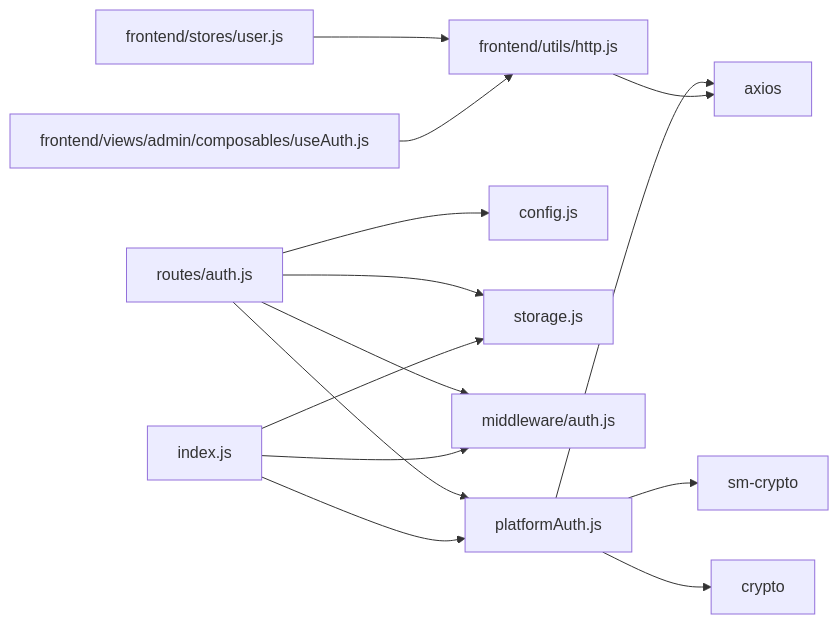
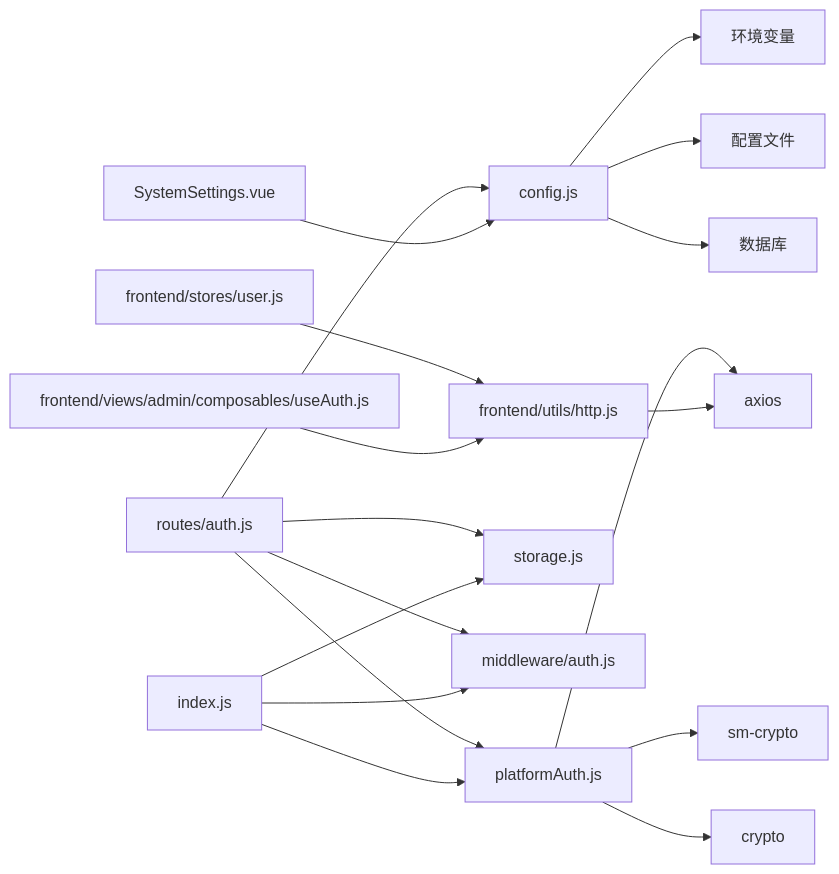
The eighth of 8 diagrams in .qoder/repowiki/zh/content/后端服务架构/认证与授权系统/单点登录(SSO)集成.md (Giraffe-Han/microAPP), drawn with Mermaid before and after one commit. The commit also changed other lines of this file and 14 other files, not shown here.

````diff
--- a/.qoder/repowiki/zh/content/后端服务架构/认证与授权系统/单点登录(SSO)集成.md
+++ b/.qoder/repowiki/zh/content/后端服务架构/认证与授权系统/单点登录(SSO)集成.md
@@ -284,16 +336,20 @@
 ```mermaid
 graph LR
 PA["platformAuth.js"] --> AX["axios"]
 PA --> SM["sm-crypto"]
 PA --> CR["crypto"]
 ROUTES["routes/auth.js"] --> CFG["config.js"]
 ROUTES --> ST["storage.js"]
 ROUTES --> MW["middleware/auth.js"]
 ROUTES --> PA
 INDEX["index.js"] --> PA
 INDEX --> ST
 INDEX --> MW
 FE_HTTP["frontend/utils/http.js"] --> AX
 FE_STORE["frontend/stores/user.js"] --> FE_HTTP
 FE_VIEW["frontend/views/admin/composables/useAuth.js"] --> FE_HTTP
+FE_SETTINGS["SystemSettings.vue"] --> CFG
+CFG --> ENV["环境变量"]
+CFG --> FILE["配置文件"]
+CFG --> DB["数据库"]
 ```
````
